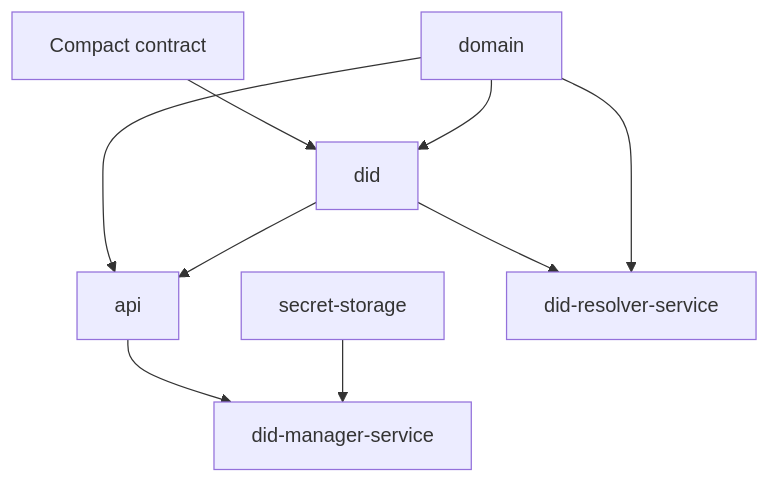
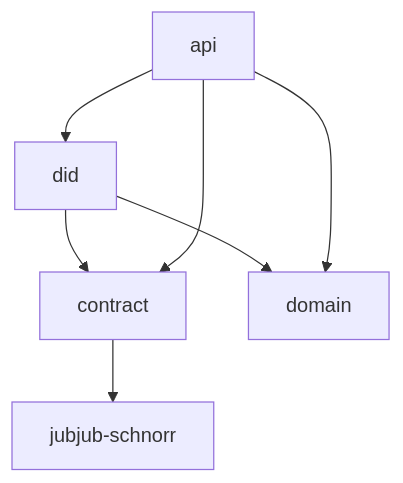
Before and after one commit to midnightntwrk/midnight-did: the diagram in docs-site/architecture/index.md, drawn with Mermaid. The commit also changed other lines of this file and 156 other files, not shown here.

````diff
--- a/docs-site/architecture/index.md
+++ b/docs-site/architecture/index.md
@@ -24,19 +5,15 @@
 ```mermaid
 graph TD
-  Contract[Compact contract]
+  Contract[contract]
+  Schnorr[jubjub-schnorr]
   Domain[domain]
-  DidPkg[did]
-  API[api]
-  Secrets[secret-storage]
-  Resolver[did-resolver-service]
-  Manager[did-manager-service]
+  Did[did]
+  Api[api]
 
-  Contract --> DidPkg
-  Domain --> DidPkg
-  Domain --> API
-  DidPkg --> API
-  DidPkg --> Resolver
-  Domain --> Resolver
-  API --> Manager
-  Secrets --> Manager
+  Contract --> Schnorr
+  Did --> Contract
+  Did --> Domain
+  Api --> Did
+  Api --> Domain
+  Api --> Contract
 ```
````
